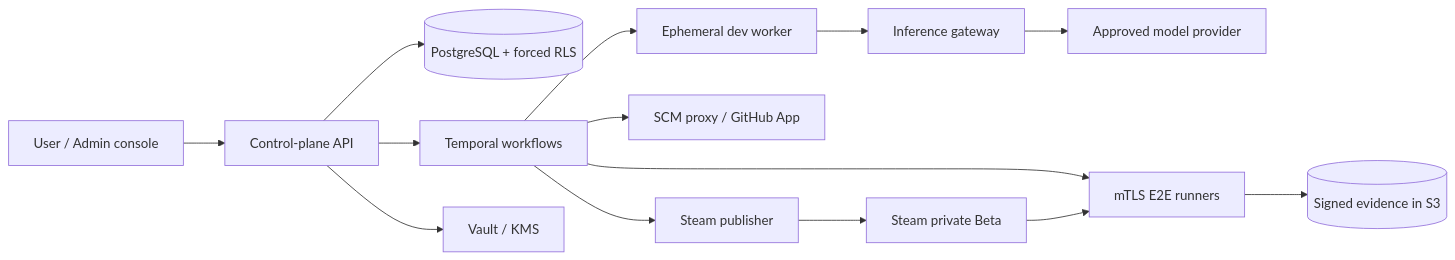
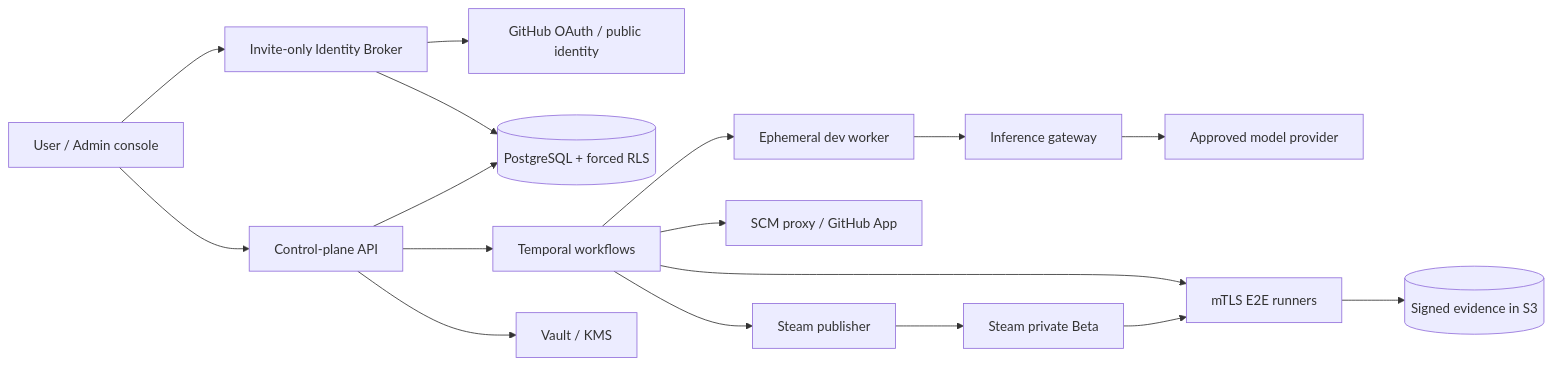
The diagram in docs/architecture.md (asssaver97/DeviLudo), drawn with Mermaid before and after one commit. The commit also changed other lines of this file and 29 other files, not shown here.

Commit message:
feat: add invite-only platform identity

````diff
--- a/docs/architecture.md
+++ b/docs/architecture.md
@@ -29,16 +29,19 @@
 ```mermaid
 flowchart LR
   UI["User / Admin console"] --> API["Control-plane API"]
+  UI --> ID["Invite-only Identity Broker"]
+  ID --> GH["GitHub OAuth / public identity"]
+  ID --> PG
   API --> PG[("PostgreSQL + forced RLS")]
   API --> T["Temporal workflows"]
   API --> V["Vault / KMS"]
   T --> D["Ephemeral dev worker"]
   D --> G["Inference gateway"]
   G --> P["Approved model provider"]
   T --> S["SCM proxy / GitHub App"]
   T --> R["mTLS E2E runners"]
   R --> O[("Signed evidence in S3")]
   T --> SP["Steam publisher"]
   SP --> ST["Steam private Beta"]
   ST --> R
 ```
````
